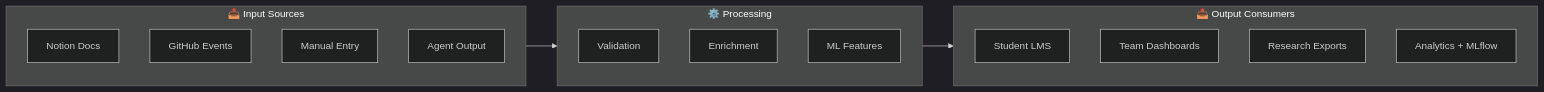
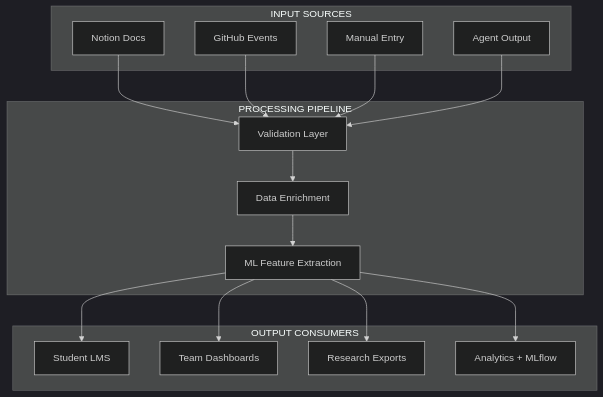
One commit to Lizo-RoadTown/Portfolio changed the second of 5 diagrams in architecture.md. Above: the diagram before and after it, drawn with Mermaid (dark theme).

Commit message:
Make Data Flow diagram larger and more readable

````diff
--- a/architecture.md
+++ b/architecture.md
@@ -188,24 +188,33 @@
 ```mermaid
-flowchart LR
-    subgraph Input["📥 Input Sources"]
-        N[Notion Docs]
-        G[GitHub Events]
-        M[Manual Entry]
-        A[Agent Output]
+flowchart TB
+    subgraph Input["INPUT SOURCES"]
+        N["Notion Docs"]
+        G["GitHub Events"]
+        M["Manual Entry"]
+        A["Agent Output"]
     end
     
-    subgraph Process["⚙️ Processing"]
-        V[Validation]
-        E[Enrichment]
-        F[ML Features]
+    subgraph Process["PROCESSING PIPELINE"]
+        V["Validation Layer"]
+        E["Data Enrichment"]
+        F["ML Feature Extraction"]
     end
     
-    subgraph Output["📤 Output Consumers"]
-        S[Student LMS]
-        T[Team Dashboards]
-        R[Research Exports]
-        ML[Analytics + MLflow]
+    subgraph Output["OUTPUT CONSUMERS"]
+        S["Student LMS"]
+        T["Team Dashboards"]
+        R["Research Exports"]
+        ML["Analytics + MLflow"]
     end
     
-    Input --> Process --> Output
+    N --> V
+    G --> V
+    M --> V
+    A --> V
+    V --> E
+    E --> F
+    F --> S
+    F --> T
+    F --> R
+    F --> ML
 ```
````
